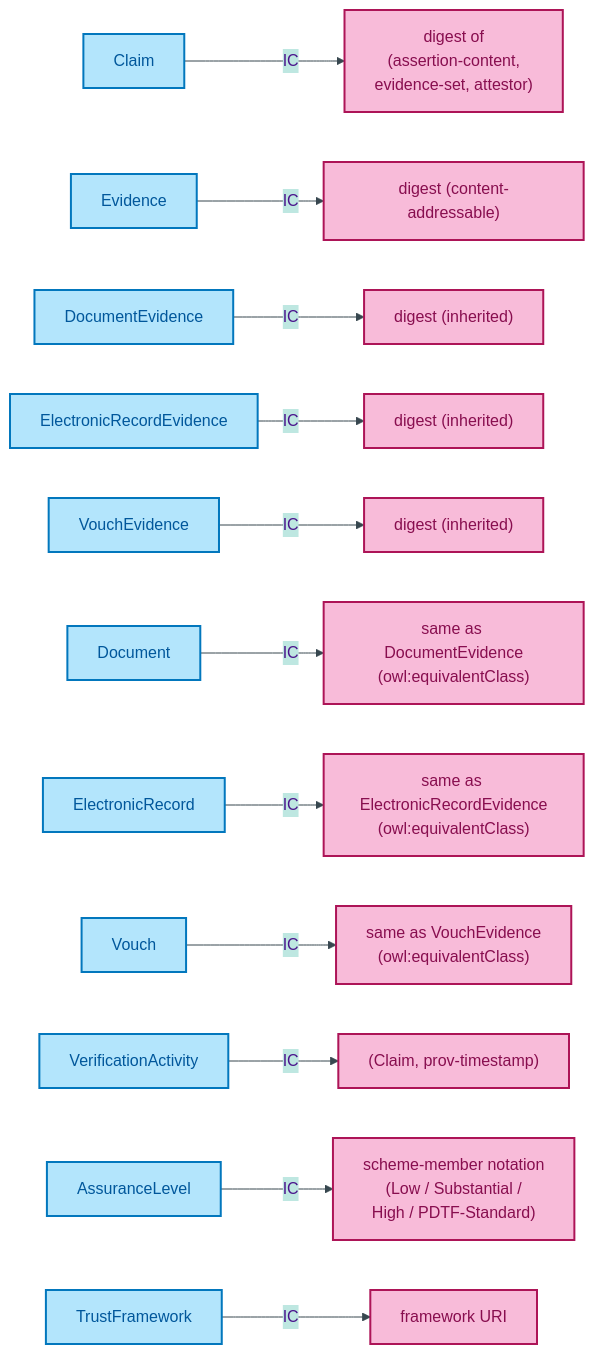
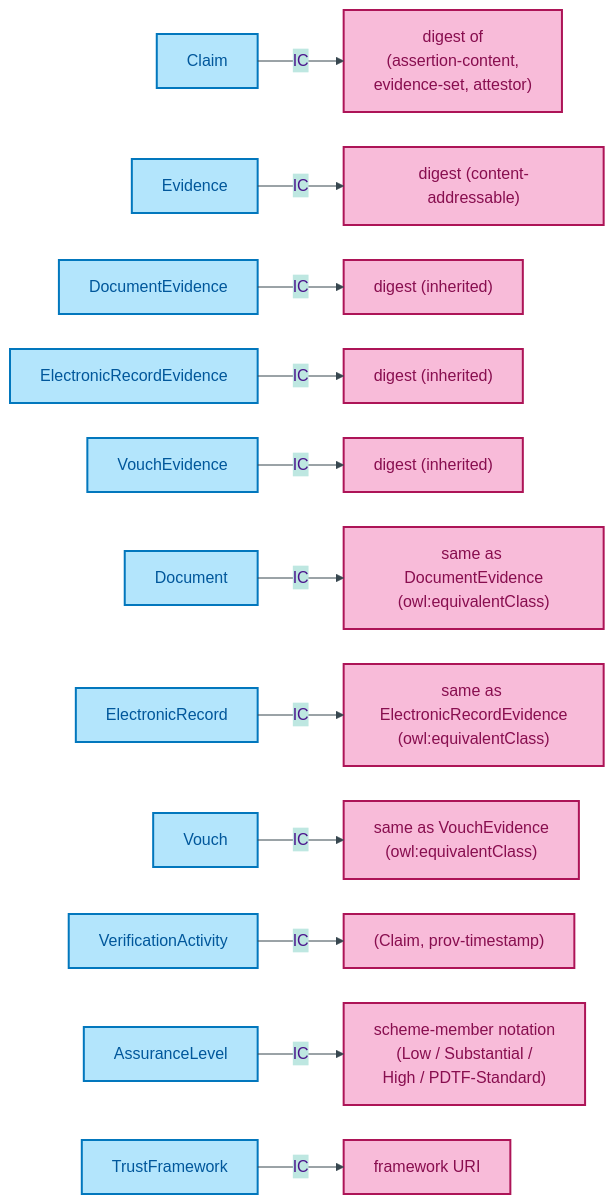
One commit to sparkling/opda changed the third of 3 diagrams in docs/manual/logical/claim/README.md. Above: the diagram before and after it, drawn with Mermaid. The commit also changed 47 other files, not shown here.

First line of the commit message:
docs(manual): ELK layout sweep — identity-key + scheme-membership graphs

````diff
--- a/docs/manual/logical/claim/README.md
+++ b/docs/manual/logical/claim/README.md
@@ -136,21 +136,28 @@
 ```mermaid
+---
+config:
+  layout: elk
+  elk:
+    mergeEdges: false
+    nodePlacementStrategy: BRANDES_KOEPF
+---
 %%{init: {"theme": "base", "themeVariables": {"primaryColor": "#E1BEE7", "primaryTextColor": "#4A148C", "primaryBorderColor": "#6A1B9A", "lineColor": "#37474F"}}}%%
 flowchart LR
     accTitle: Claim Module — Identity-Key Summary
     accDescr: Identity Criterion key surfaces for the eleven claim-module entities — digest-based content-addressable IC for Claim and Evidence subtypes, PROV-O tuple for VerificationActivity, scheme-member for AssuranceLevel, URI for TrustFramework.
 
     classDef icCell fill:#F8BBD9,stroke:#AD1457,stroke-width:2px,color:#880E4F
     classDef entityCell fill:#B3E5FC,stroke:#0277BD,stroke-width:2px,color:#01579B
 
     ClaimE[Claim]:::entityCell -->|"IC"| CIC["digest of<br/>(assertion-content,<br/>evidence-set, attestor)"]:::icCell
     EvidenceE[Evidence]:::entityCell -->|"IC"| EIC["digest (content-addressable)"]:::icCell
     DocumentEvidenceE[DocumentEvidence]:::entityCell -->|"IC"| DEIC["digest (inherited)"]:::icCell
     ElectronicRecordEvidenceE[ElectronicRecordEvidence]:::entityCell -->|"IC"| ERIC["digest (inherited)"]:::icCell
     VouchEvidenceE[VouchEvidence]:::entityCell -->|"IC"| VEIC["digest (inherited)"]:::icCell
     DocumentE[Document]:::entityCell -->|"IC"| DIC["same as DocumentEvidence<br/>(owl:equivalentClass)"]:::icCell
     ElectronicRecordE[ElectronicRecord]:::entityCell -->|"IC"| ERaIC["same as ElectronicRecordEvidence<br/>(owl:equivalentClass)"]:::icCell
     VouchE[Vouch]:::entityCell -->|"IC"| VIC["same as VouchEvidence<br/>(owl:equivalentClass)"]:::icCell
     VerificationActivityE[VerificationActivity]:::entityCell -->|"IC"| VAIC["(Claim, prov-timestamp)"]:::icCell
     AssuranceLevelE[AssuranceLevel]:::entityCell -->|"IC"| ALIC["scheme-member notation<br/>(Low / Substantial /<br/>High / PDTF-Standard)"]:::icCell
     TrustFrameworkE[TrustFramework]:::entityCell -->|"IC"| TFIC["framework URI"]:::icCell
 ```
````
